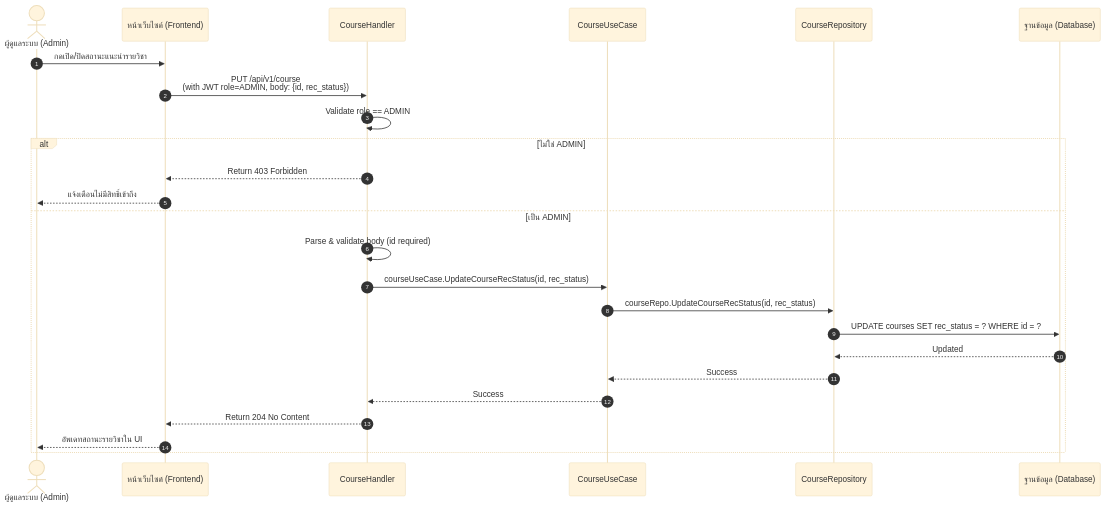
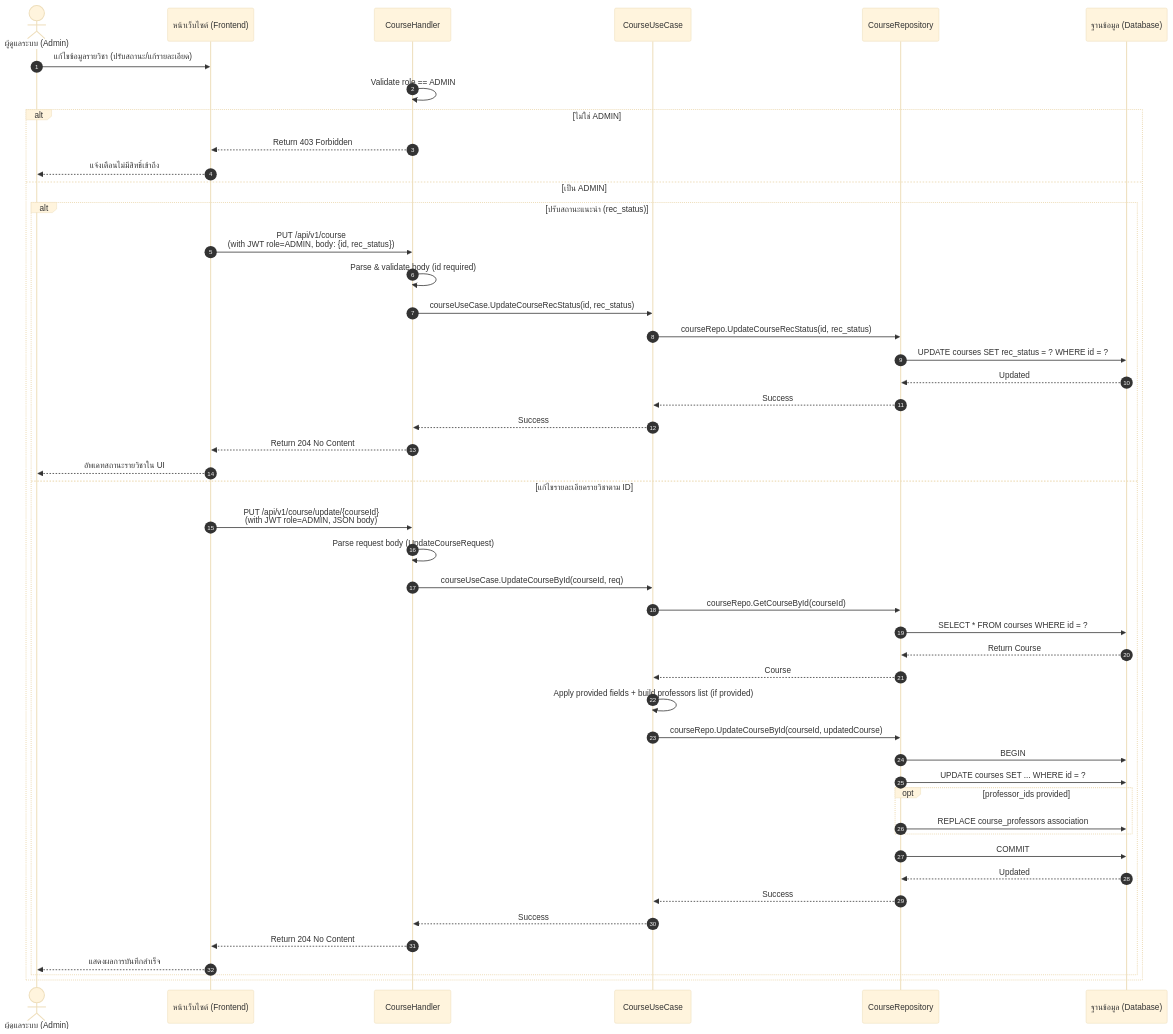
Diagram 14 of 15 in diagrams/sq/sequence-diagram.md (B1gdawg0/real_course_review_backend), drawn with Mermaid (base theme) before and after one commit. The commit also changed other lines of this file and 2 other files, not shown here.

Commit message:
update: refine admin course management flows for updating course status and details

````diff
--- a/diagrams/sq/sequence-diagram.md
+++ b/diagrams/sq/sequence-diagram.md
@@ -451,28 +451,51 @@
 ```mermaid
 sequenceDiagram
 autonumber
 actor Admin as ผู้ดูแลระบบ (Admin)
 participant UI as หน้าเว็บไซต์ (Frontend)
 participant Handler as CourseHandler
 participant UseCase as CourseUseCase
 participant Repo as CourseRepository
 participant DB as ฐานข้อมูล (Database)
 
-    Admin->>UI: กดเปิด/ปิดสถานะแนะนำรายวิชา
-    UI->>Handler: PUT /api/v1/course<br/>(with JWT role=ADMIN, body: {id, rec_status})
+    Admin->>UI: แก้ไขข้อมูลรายวิชา (ปรับสถานะ/แก้รายละเอียด)
     Handler->>Handler: Validate role == ADMIN
     alt ไม่ใช่ ADMIN
         Handler-->>UI: Return 403 Forbidden
         UI-->>Admin: แจ้งเตือนไม่มีสิทธิ์เข้าถึง
     else เป็น ADMIN
-        Handler->>Handler: Parse & validate body (id required)
-        Handler->>UseCase: courseUseCase.UpdateCourseRecStatus(id, rec_status)
-        UseCase->>Repo: courseRepo.UpdateCourseRecStatus(id, rec_status)
-        Repo->>DB: UPDATE courses SET rec_status = ? WHERE id = ?
-        DB-->>Repo: Updated
-        Repo-->>UseCase: Success
-        UseCase-->>Handler: Success
-        Handler-->>UI: Return 204 No Content
-        UI-->>Admin: อัพเดทสถานะรายวิชาใน UI
+        alt ปรับสถานะแนะนำ (rec_status)
+            UI->>Handler: PUT /api/v1/course<br/>(with JWT role=ADMIN, body: {id, rec_status})
+            Handler->>Handler: Parse & validate body (id required)
+            Handler->>UseCase: courseUseCase.UpdateCourseRecStatus(id, rec_status)
+            UseCase->>Repo: courseRepo.UpdateCourseRecStatus(id, rec_status)
+            Repo->>DB: UPDATE courses SET rec_status = ? WHERE id = ?
+            DB-->>Repo: Updated
+            Repo-->>UseCase: Success
+            UseCase-->>Handler: Success
+            Handler-->>UI: Return 204 No Content
+            UI-->>Admin: อัพเดทสถานะรายวิชาใน UI
+        else แก้ไขรายละเอียดรายวิชาตาม ID
+            UI->>Handler: PUT /api/v1/course/update/{courseId}<br/>(with JWT role=ADMIN, JSON body)
+            Handler->>Handler: Parse request body (UpdateCourseRequest)
+            Handler->>UseCase: courseUseCase.UpdateCourseById(courseId, req)
+            UseCase->>Repo: courseRepo.GetCourseById(courseId)
+            Repo->>DB: SELECT * FROM courses WHERE id = ?
+            DB-->>Repo: Return Course
+            Repo-->>UseCase: Course
+            UseCase->>UseCase: Apply provided fields + build professors list (if provided)
+            UseCase->>Repo: courseRepo.UpdateCourseById(courseId, updatedCourse)
+            Repo->>DB: BEGIN
+            Repo->>DB: UPDATE courses SET ... WHERE id = ?
+            opt professor_ids provided
+                Repo->>DB: REPLACE course_professors association
+            end
+            Repo->>DB: COMMIT
+            DB-->>Repo: Updated
+            Repo-->>UseCase: Success
+            UseCase-->>Handler: Success
+            Handler-->>UI: Return 204 No Content
+            UI-->>Admin: แสดงผลการบันทึกสำเร็จ
+        end
     end
 ```
````
